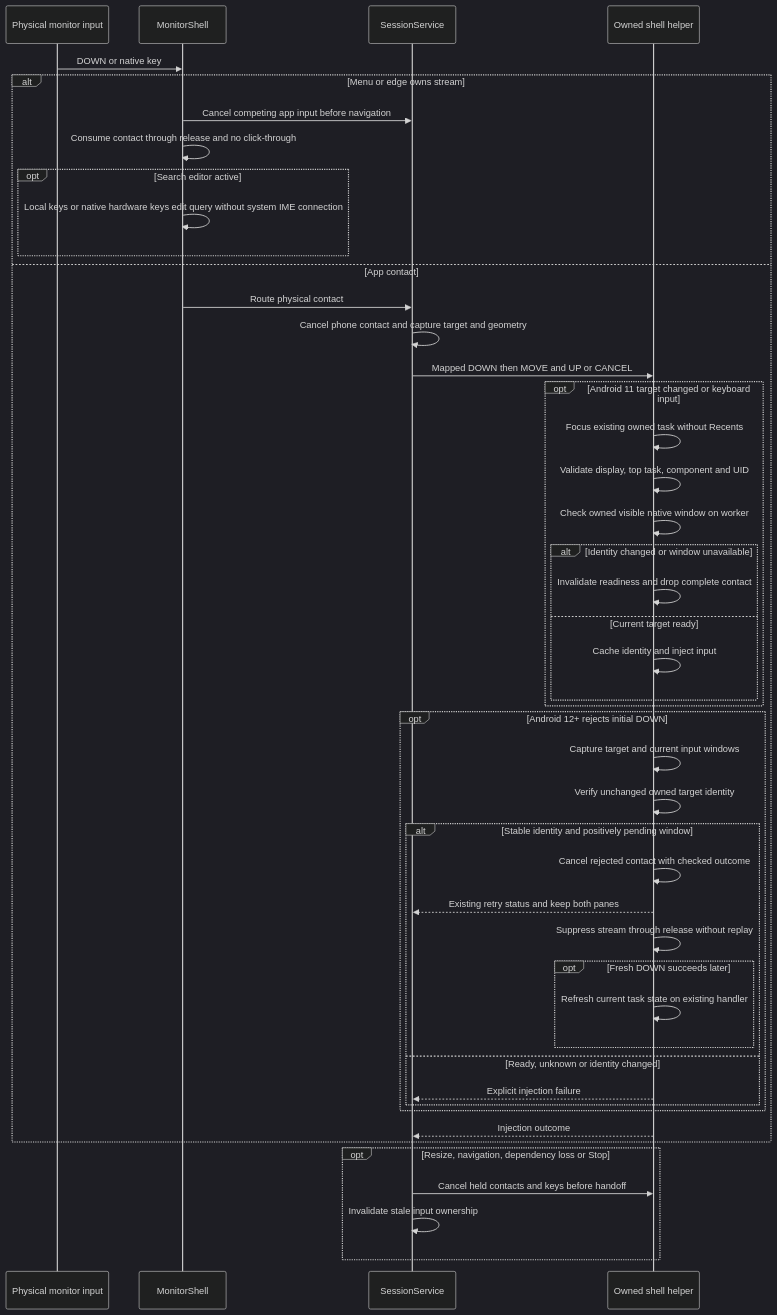
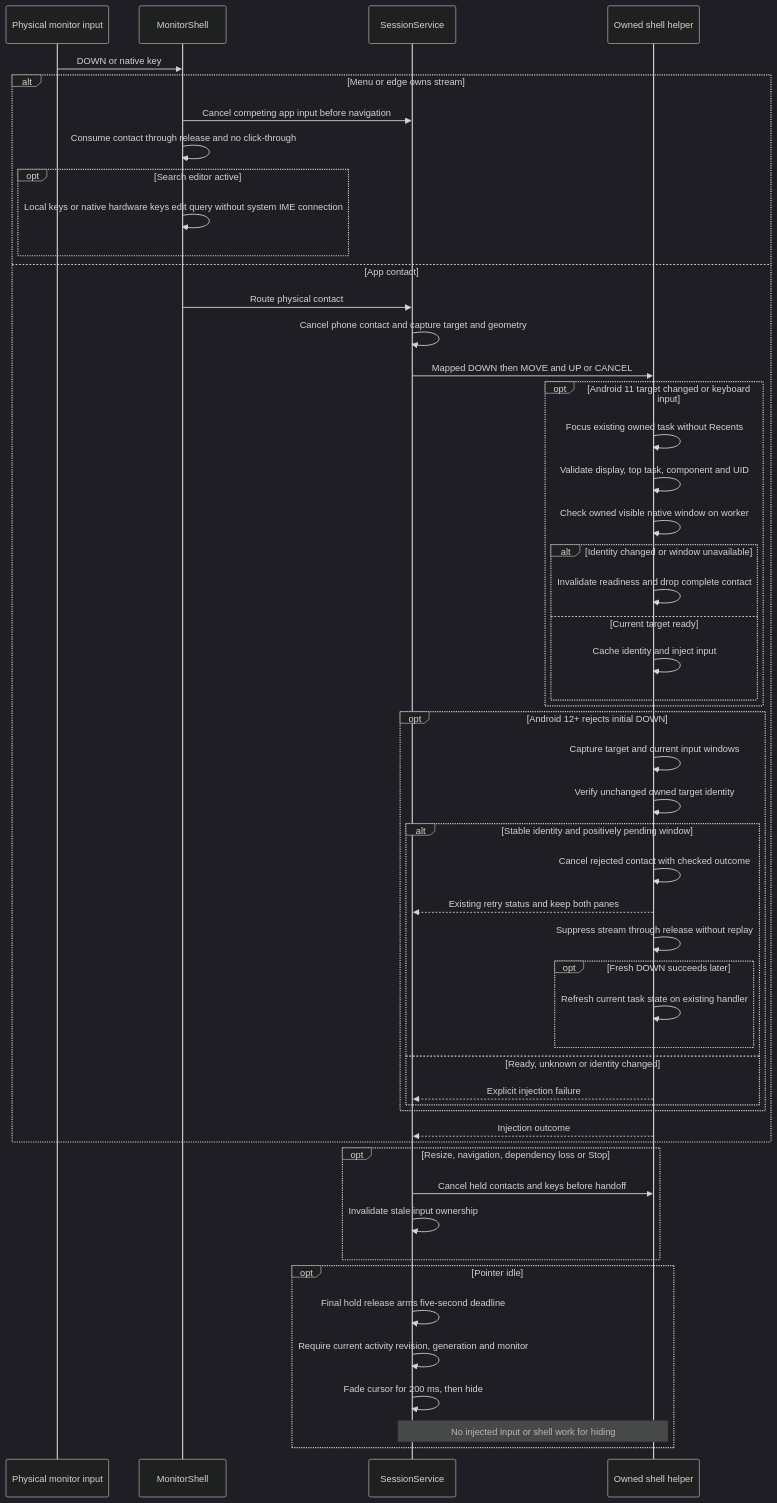
The second of 6 diagrams in docs/architecture/features/input-and-navigation.md (PhiLong-Ho/DexDroid), drawn with Mermaid (dark theme) before and after one commit. The commit also changed other lines of this file and 82 other files, not shown here.

Commit message:
Release 0.19.0 with readable menus and idle pointer (#13)

````diff
--- a/docs/architecture/features/input-and-navigation.md
+++ b/docs/architecture/features/input-and-navigation.md
@@ -41,48 +58,54 @@
 ```mermaid
 sequenceDiagram
     participant Physical as Physical monitor input
     participant M as MonitorShell
     participant S as SessionService
     participant D as Owned shell helper
     Physical->>M: DOWN or native key
     alt Menu or edge owns stream
         M->>S: Cancel competing app input before navigation
         M->>M: Consume contact through release and no click-through
         opt Search editor active
             M->>M: Local keys or native hardware keys edit query without system IME connection
         end
     else App contact
         M->>S: Route physical contact
         S->>S: Cancel phone contact and capture target and geometry
         S->>D: Mapped DOWN then MOVE and UP or CANCEL
         opt Android 11 target changed or keyboard input
             D->>D: Focus existing owned task without Recents
             D->>D: Validate display, top task, component and UID
             D->>D: Check owned visible native window on worker
             alt Identity changed or window unavailable
                 D->>D: Invalidate readiness and drop complete contact
             else Current target ready
                 D->>D: Cache identity and inject input
             end
         end
         opt Android 12+ rejects initial DOWN
             D->>D: Capture target and current input windows
             D->>D: Verify unchanged owned target identity
             alt Stable identity and positively pending window
                 D->>D: Cancel rejected contact with checked outcome
                 D-->>S: Existing retry status and keep both panes
                 D->>D: Suppress stream through release without replay
                 opt Fresh DOWN succeeds later
                     D->>D: Refresh current task state on existing handler
                 end
             else Ready, unknown or identity changed
                 D-->>S: Explicit injection failure
             end
         end
         D-->>S: Injection outcome
     end
     opt Resize, navigation, dependency loss or Stop
         S->>D: Cancel held contacts and keys before handoff
         S->>S: Invalidate stale input ownership
     end
+    opt Pointer idle
+        S->>S: Final hold release arms five-second deadline
+        S->>S: Require current activity revision, generation and monitor
+        S->>S: Fade cursor for 200 ms, then hide
+        Note over S,D: No injected input or shell work for hiding
+    end
 ```
````
